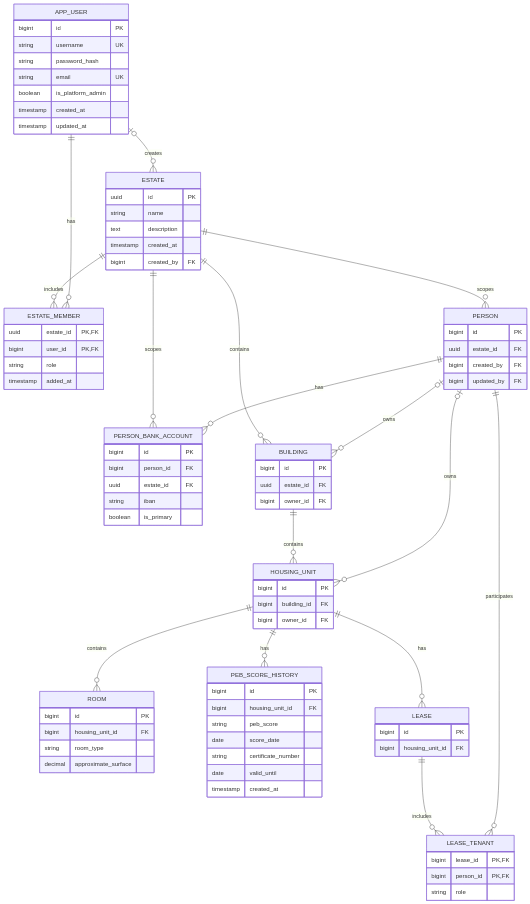
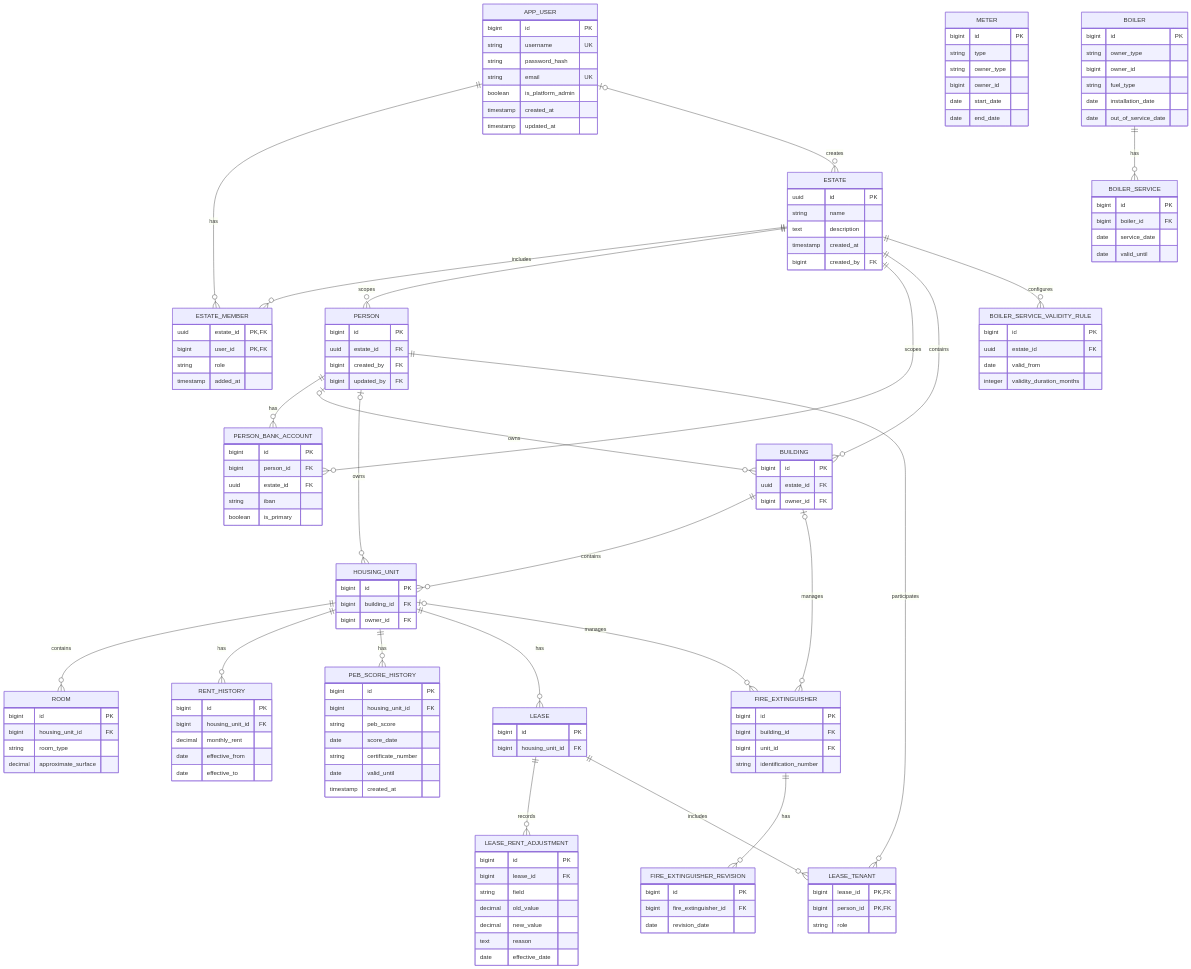
One commit to jtbgroup/immocare changed the diagram in documentation/technical/cross-cutting/data-model.md. Above: the diagram before and after it, drawn with Mermaid. The commit also changed other lines of this file and 54 other files, not shown here.

````diff
--- a/documentation/technical/cross-cutting/data-model.md
+++ b/documentation/technical/cross-cutting/data-model.md
@@ -65,6 +65,13 @@
         string room_type
         decimal approximate_surface
     }
+    RENT_HISTORY {
+        bigint id PK
+        bigint housing_unit_id FK
+        decimal monthly_rent
+        date effective_from
+        date effective_to
+    }
     PEB_SCORE_HISTORY {
         bigint id PK
         bigint housing_unit_id FK
@@ -74,9 +81,57 @@
         date valid_until
         timestamp created_at
     }
+    METER {
+        bigint id PK
+        string type
+        string owner_type
+        bigint owner_id
+        date start_date
+        date end_date
+    }
+    BOILER {
+        bigint id PK
+        string owner_type
+        bigint owner_id
+        string fuel_type
+        date installation_date
+        date out_of_service_date
+    }
+    BOILER_SERVICE {
+        bigint id PK
+        bigint boiler_id FK
+        date service_date
+        date valid_until
+    }
+    BOILER_SERVICE_VALIDITY_RULE {
+        bigint id PK
+        uuid estate_id FK
+        date valid_from
+        integer validity_duration_months
+    }
+    FIRE_EXTINGUISHER {
+        bigint id PK
+        bigint building_id FK
+        bigint unit_id FK
+        string identification_number
+    }
+    FIRE_EXTINGUISHER_REVISION {
+        bigint id PK
+        bigint fire_extinguisher_id FK
+        date revision_date
+    }
     LEASE {
         bigint id PK
         bigint housing_unit_id FK
+    }
+    LEASE_RENT_ADJUSTMENT {
+        bigint id PK
+        bigint lease_id FK
+        string field
+        decimal old_value
+        decimal new_value
+        text reason
+        date effective_date
     }
     LEASE_TENANT {
         bigint lease_id PK, FK
@@ -94,8 +149,15 @@
     ESTATE ||--o{ BUILDING : contains
     BUILDING ||--o{ HOUSING_UNIT : contains
     HOUSING_UNIT ||--o{ ROOM : contains
+    HOUSING_UNIT ||--o{ RENT_HISTORY : has
     HOUSING_UNIT ||--o{ PEB_SCORE_HISTORY : has
     HOUSING_UNIT ||--o{ LEASE : has
+    LEASE ||--o{ LEASE_RENT_ADJUSTMENT : records
+    BOILER ||--o{ BOILER_SERVICE : has
+    ESTATE ||--o{ BOILER_SERVICE_VALIDITY_RULE : configures
+    BUILDING o|--o{ FIRE_EXTINGUISHER : manages
+    HOUSING_UNIT o|--o{ FIRE_EXTINGUISHER : manages
+    FIRE_EXTINGUISHER ||--o{ FIRE_EXTINGUISHER_REVISION : has
     PERSON ||--o{ LEASE_TENANT : participates
     LEASE ||--o{ LEASE_TENANT : includes
 ```
````
